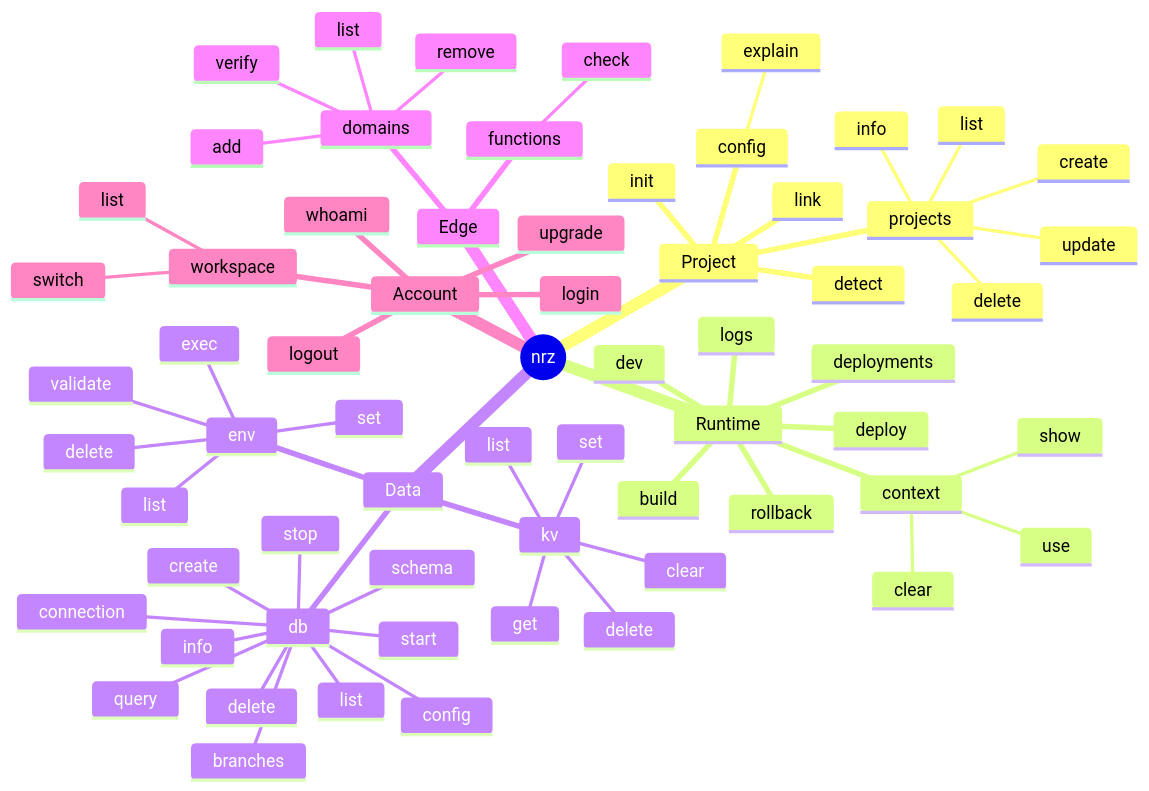
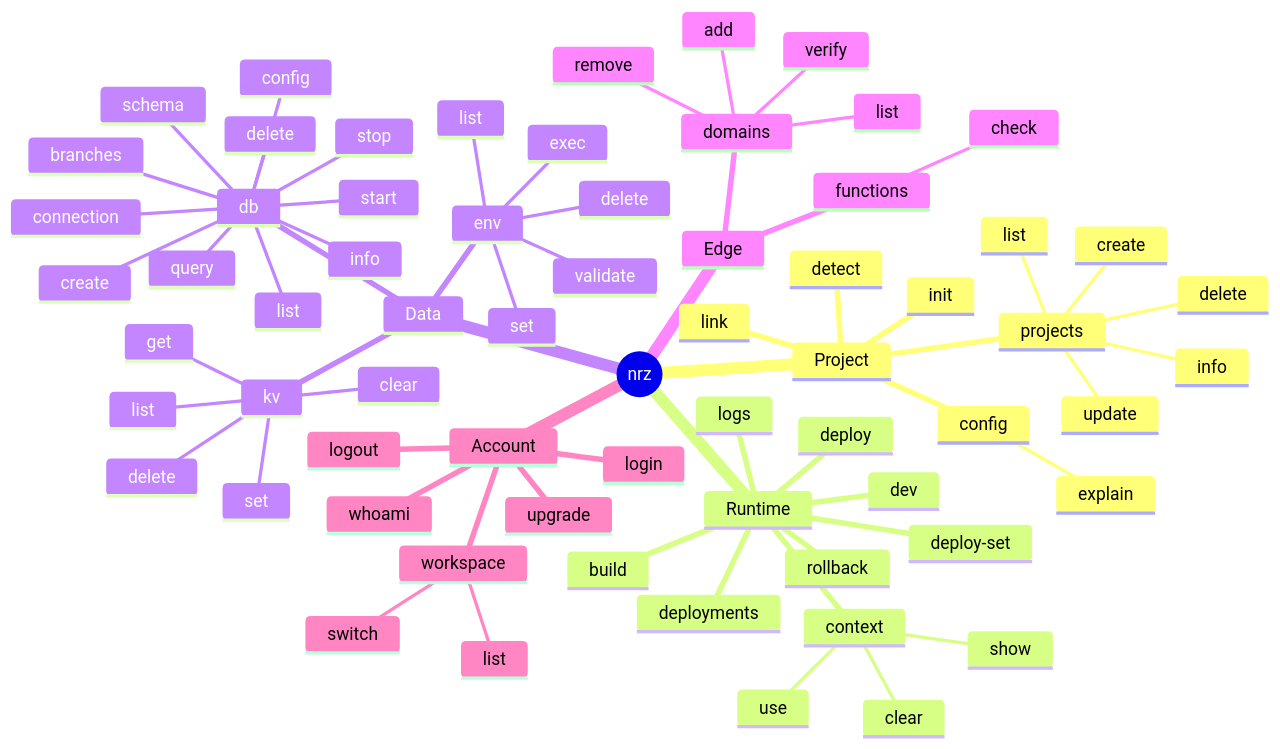
Before and after one commit to ONREZA/nrz-cli: the diagram in docs/nrz-cli-command-inventory.md, drawn with Mermaid. The commit also changed other lines of this file and 23 other files, not shown here.

````diff
--- a/docs/nrz-cli-command-inventory.md
+++ b/docs/nrz-cli-command-inventory.md
@@ -18,68 +18,69 @@
 ```mermaid
 mindmap
   root((nrz))
     Project
       init
       link
       projects
         list
         create
         info
         update
         delete
       config
         explain
       detect
     Runtime
       dev
       build
       deploy
+      deploy-set
       context
         show
         use
         clear
       deployments
       logs
       rollback
     Data
       db
         list
         create
         info
         delete
         start
         stop
         connection
         query
         branches
         config
         schema
       kv
         get
         set
         delete
         list
         clear
       env
         list
         set
         delete
         validate
         exec
     Edge
       domains
         list
         add
         remove
         verify
       functions
         check
     Account
       login
       whoami
       logout
       workspace
         list
         switch
       upgrade
 ```
````
